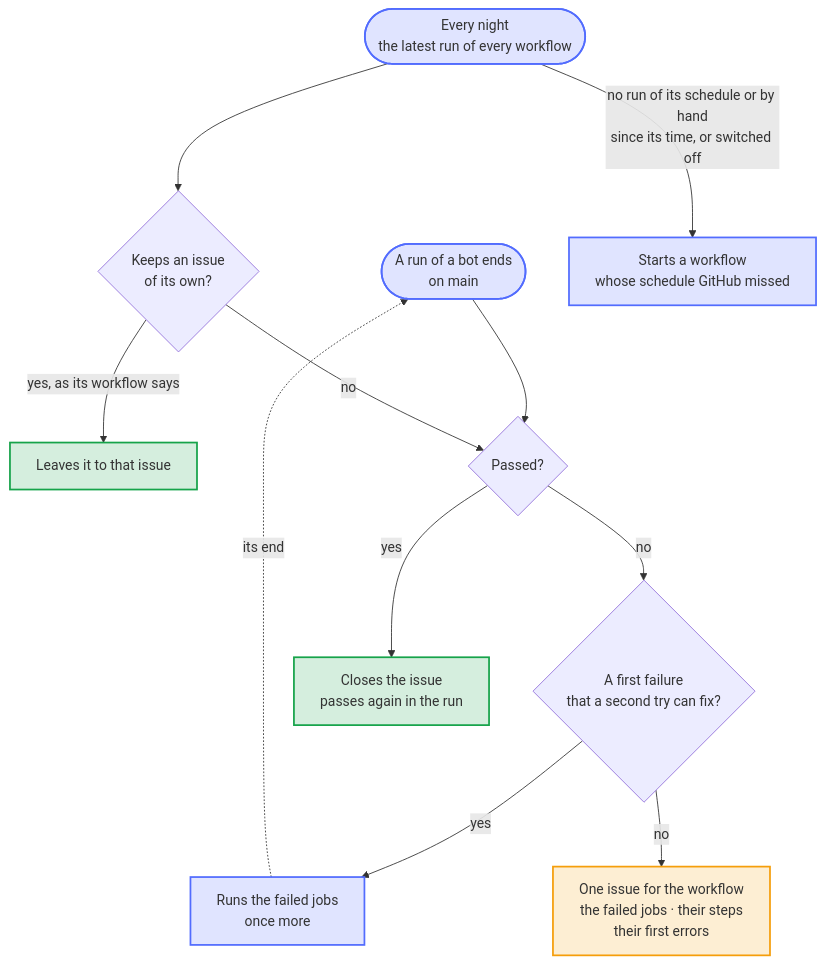
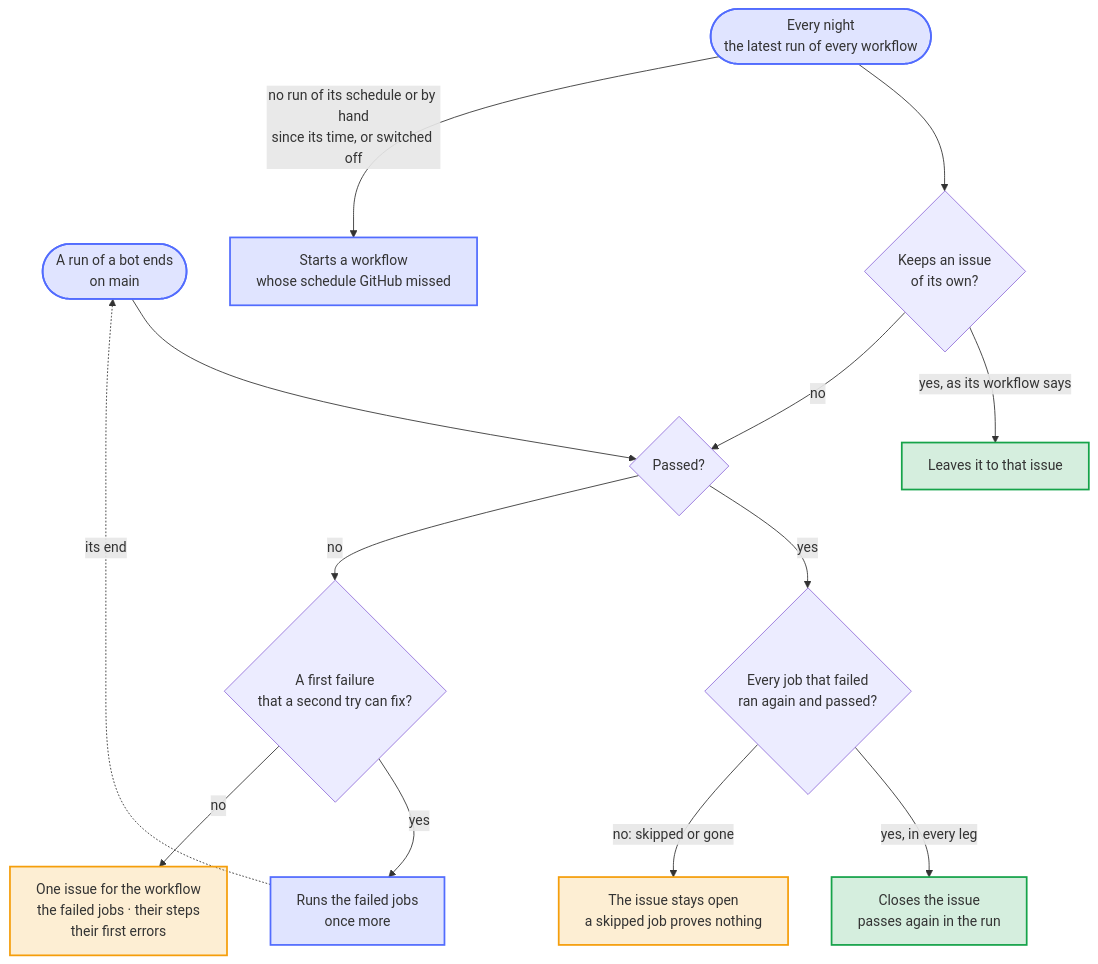
The diagram in docs/diagrams/what-the-bot-health-bot-does-when-a-bot-fails.mmd (Dennis-Otto/repo-blueprint), drawn with Mermaid before and after one commit. The commit also changed 18 other files, not shown here.

First line of the commit message:
fix: a bot's failure issue stays open until the jobs that failed pass again (#703)

```diff
--- a/docs/diagrams/what-the-bot-health-bot-does-when-a-bot-fails.mmd
+++ b/docs/diagrams/what-the-bot-health-bot-does-when-a-bot-fails.mmd
@@ -1,37 +1,41 @@
 ---
 config:
   flowchart:
     wrappingWidth: 400
 ---
 flowchart TB
     accTitle: What the bot-health bot does when a bot fails
-    accDescr: When a run of a bot or a scheduled workflow ends on the default branch, the bot-health bot looks at it; runs of pull requests start nothing. A first failure that a second try can fix runs its failed jobs once more. A failure that stays opens one issue for the workflow, or updates it, with the failed jobs, their steps and their first errors. A run that passes closes the issue. Every night, the bot looks at the latest run of every workflow, in case GitHub lost an event, but leaves a workflow that keeps an issue of its own to that issue. It starts a workflow whose schedule GitHub missed or switched off: one with no run of its schedule or by hand since the time of its schedule, whatever pushes ran it since.
+    accDescr: When a run of a bot or a scheduled workflow ends on the default branch, the bot-health bot looks at it; runs of pull requests start nothing. A first failure that a second try can fix runs its failed jobs once more. A failure that stays opens one issue for the workflow, or updates it, with the failed jobs, their steps and their first errors. A run that passes closes the issue once every job that failed ran again in it and passed, in every leg of a matrix; a run that skipped such a job, or one without it, leaves the issue open. Every night, the bot looks at the latest run of every workflow, in case GitHub lost an event, but leaves a workflow that keeps an issue of its own to that issue. It starts a workflow whose schedule GitHub missed or switched off: one with no run of its schedule or by hand since the time of its schedule, whatever pushes ran it since.
 
     run(["A run of a bot ends<br>on main"])
     nightly(["Every night<br>the latest run of every workflow"])
     own{"Keeps an issue<br>of its own?"}
     left["Leaves it to that issue"]
     passed{"Passed?"}
+    jobs{"Every job that failed<br>ran again and passed?"}
+    waits["The issue stays open<br>a skipped job proves nothing"]
     first{"A first failure<br>that a second try can fix?"}
     again["Runs the failed jobs<br>once more"]
     issue["One issue for the workflow<br>the failed jobs · their steps<br>their first errors"]
     closed["Closes the issue<br>passes again in the run"]
     missed["Starts a workflow<br>whose schedule GitHub missed"]
 
     run --> passed
     nightly --> own
     own -- "yes, as its workflow says" --> left
     own -- "no" --> passed
     nightly -- "no run of its schedule or by hand<br>since its time, or switched off" --> missed
-    passed -- "yes" --> closed
+    passed -- "yes" --> jobs
+    jobs -- "yes, in every leg" --> closed
+    jobs -- "no: skipped or gone" --> waits
     passed -- "no" --> first
     first -- "yes" --> again
     again -. "its end" .-> run
     first -- "no" --> issue
 
     classDef bot fill:#526cfe2e,stroke:#526cfe,stroke-width:2px
     classDef person fill:#f59e0b2e,stroke:#f59e0b,stroke-width:2px
     classDef done fill:#16a34a2e,stroke:#16a34a,stroke-width:2px
     class run,nightly,again,missed bot
-    class issue person
+    class issue,waits person
     class closed,left done
```
